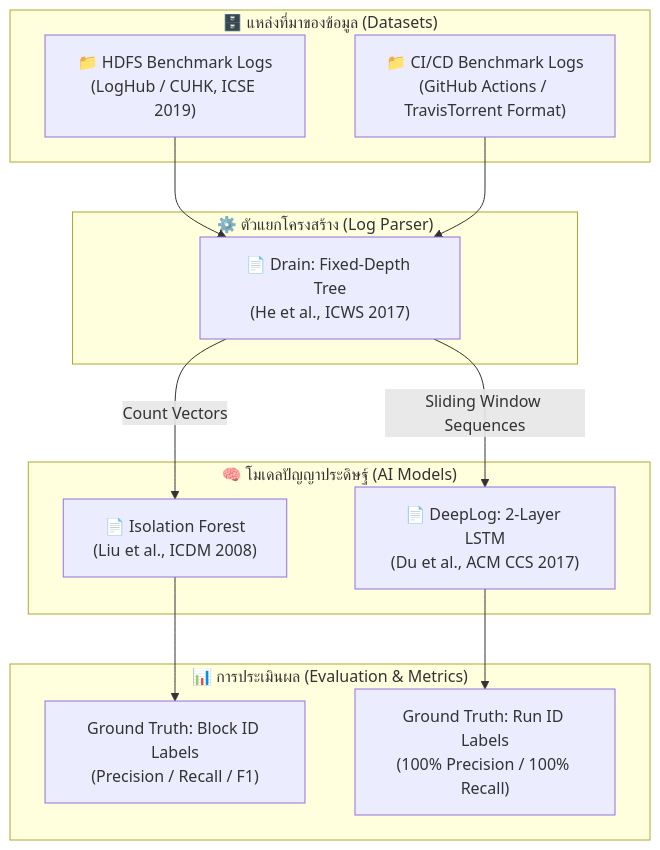
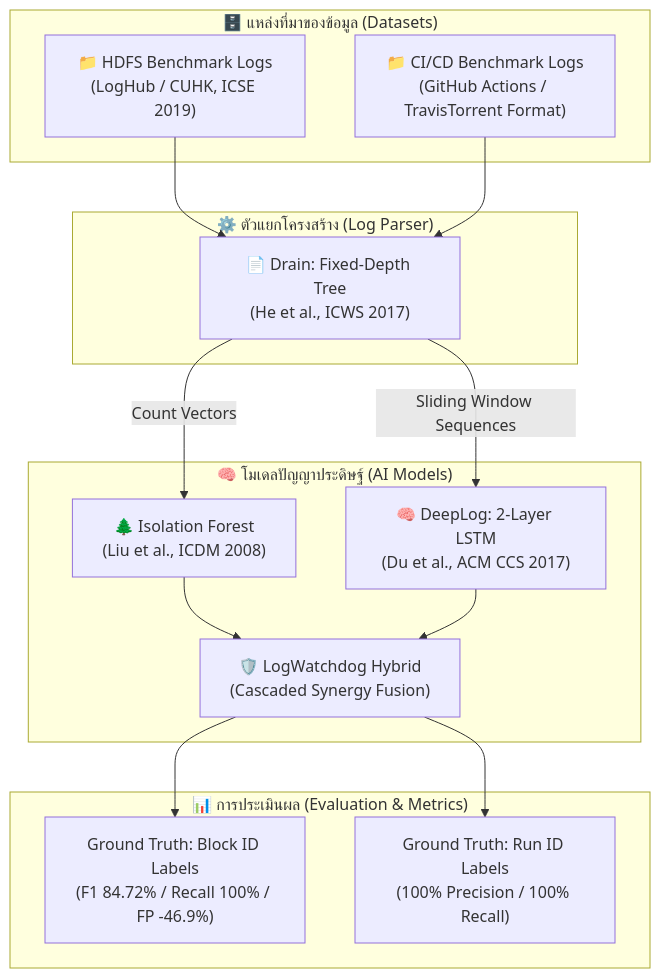
One commit to kora-ora/LogWatchdog changed the diagram in RESEARCH_AND_DATASET_REFERENCES.md. Above: the diagram before and after it, drawn with Mermaid. The commit also changed other lines of this file and 8 other files, not shown here.

Commit message:
docs: update README, roadmap, and system architecture to reflect Hybrid Dual-Engine and 100% completion

````diff
--- a/RESEARCH_AND_DATASET_REFERENCES.md
+++ b/RESEARCH_AND_DATASET_REFERENCES.md
@@ -12,30 +12,33 @@
 ```mermaid
 flowchart TD
     subgraph DataSources["🗄️ แหล่งที่มาของข้อมูล (Datasets)"]
         D_HDFS["📁 HDFS Benchmark Logs<br/>(LogHub / CUHK, ICSE 2019)"]
         D_CICD["📁 CI/CD Benchmark Logs<br/>(GitHub Actions / TravisTorrent Format)"]
     end
 
     subgraph LogParsing["⚙️ ตัวแยกโครงสร้าง (Log Parser)"]
         P_Drain["📄 Drain: Fixed-Depth Tree<br/>(He et al., ICWS 2017)"]
     end
 
     subgraph ML_DL_Models["🧠 โมเดลปัญญาประดิษฐ์ (AI Models)"]
-        M_iForest["📄 Isolation Forest<br/>(Liu et al., ICDM 2008)"]
-        M_DeepLog["📄 DeepLog: 2-Layer LSTM<br/>(Du et al., ACM CCS 2017)"]
+        M_iForest["🌲 Isolation Forest<br/>(Liu et al., ICDM 2008)"]
+        M_DeepLog["🧠 DeepLog: 2-Layer LSTM<br/>(Du et al., ACM CCS 2017)"]
+        M_Hybrid["🛡️ LogWatchdog Hybrid<br/>(Cascaded Synergy Fusion)"]
+        M_iForest --> M_Hybrid
+        M_DeepLog --> M_Hybrid
     end
 
     subgraph Evaluation["📊 การประเมินผล (Evaluation & Metrics)"]
-        Eval_HDFS["Ground Truth: Block ID Labels<br/>(Precision / Recall / F1)"]
+        Eval_HDFS["Ground Truth: Block ID Labels<br/>(F1 84.72% / Recall 100% / FP -46.9%)"]
         Eval_CICD["Ground Truth: Run ID Labels<br/>(100% Precision / 100% Recall)"]
     end
 
     D_HDFS --> P_Drain
     D_CICD --> P_Drain
 
     P_Drain -->|"Count Vectors"| M_iForest
     P_Drain -->|"Sliding Window Sequences"| M_DeepLog
 
-    M_iForest --> Eval_HDFS
-    M_DeepLog --> Eval_CICD
+    M_Hybrid --> Eval_HDFS
+    M_Hybrid --> Eval_CICD
 ```
````
